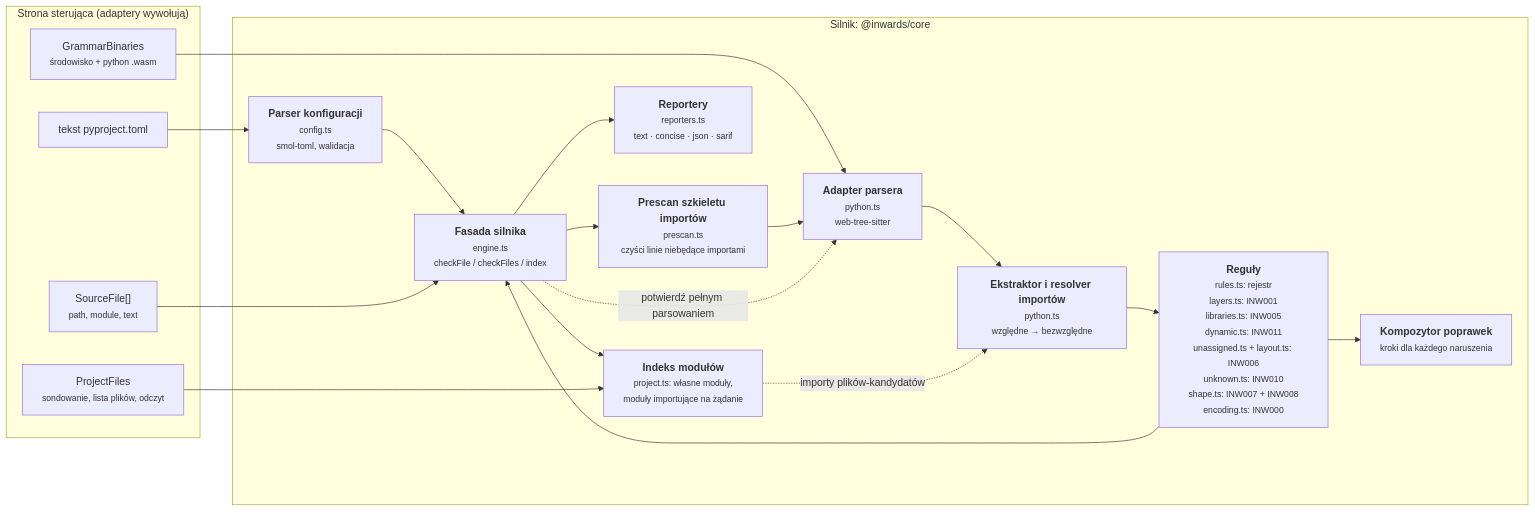
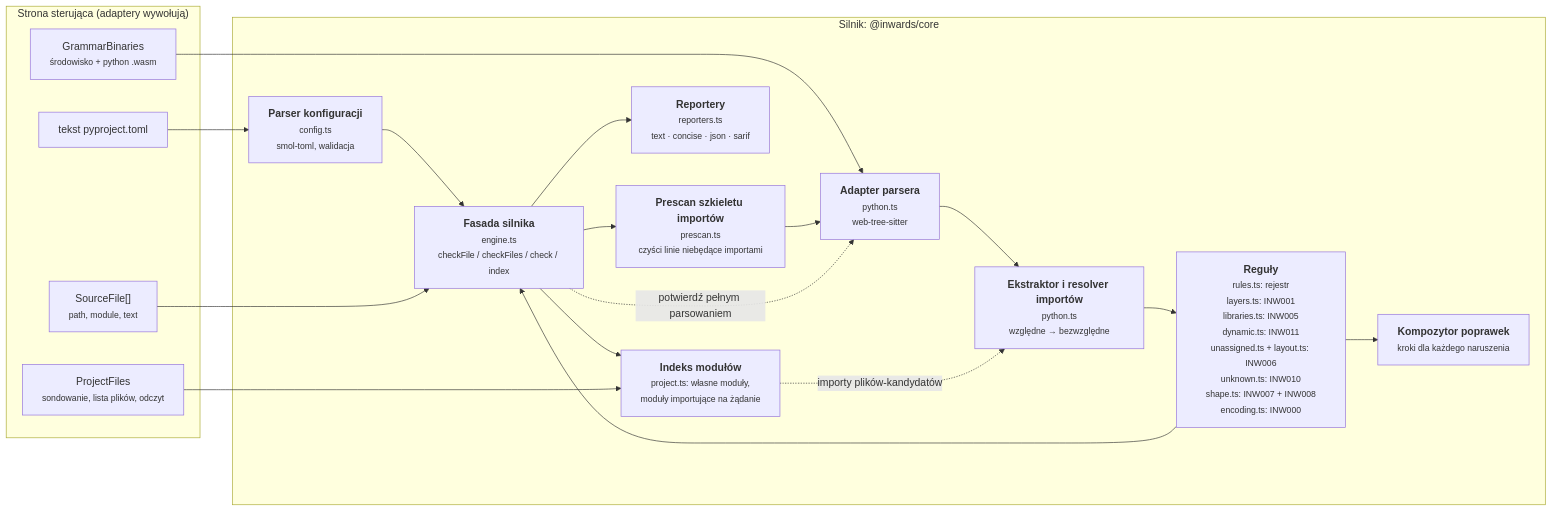
The third of 6 diagrams in docs/pl/03-Architecture-C4.md (SirCypkowskyy/inwards), drawn with Mermaid before and after one commit. The commit also changed other lines of this file and 19 other files, not shown here.

````diff
--- a/docs/pl/03-Architecture-C4.md
+++ b/docs/pl/03-Architecture-C4.md
@@ -104,33 +104,33 @@
 ```mermaid
 flowchart LR
     subgraph driving["Strona sterująca (adaptery wywołują)"]
         files["SourceFile[]<br/><small>path, module, text</small>"]
         cfgtext["tekst pyproject.toml"]
         wasm["GrammarBinaries<br/><small>środowisko + python .wasm</small>"]
         pfiles["ProjectFiles<br/><small>sondowanie, lista plików, odczyt</small>"]
     end
 
     subgraph enginebox["Silnik: @inwards/core"]
         config["<b>Parser konfiguracji</b><br/><small>config.ts<br/>smol-toml, walidacja</small>"]
         pre["<b>Prescan szkieletu importów</b><br/><small>prescan.ts<br/>czyści linie niebędące importami</small>"]
         parser["<b>Adapter parsera</b><br/><small>python.ts<br/>web-tree-sitter</small>"]
         extract["<b>Ekstraktor i resolver importów</b><br/><small>python.ts<br/>względne → bezwzględne</small>"]
         rules["<b>Reguły</b><br/><small>rules.ts: rejestr<br/>layers.ts: INW001<br/>libraries.ts: INW005<br/>dynamic.ts: INW011<br/>unassigned.ts + layout.ts: INW006<br/>unknown.ts: INW010<br/>shape.ts: INW007 + INW008<br/>encoding.ts: INW000</small>"]
         fix["<b>Kompozytor poprawek</b><br/><small>kroki dla każdego naruszenia</small>"]
         report["<b>Reportery</b><br/><small>reporters.ts<br/>text · concise · json · sarif</small>"]
-        engine["<b>Fasada silnika</b><br/><small>engine.ts<br/>checkFile / checkFiles / index</small>"]
+        engine["<b>Fasada silnika</b><br/><small>engine.ts<br/>checkFile / checkFiles / check / index</small>"]
         modgraph["<b>Indeks modułów</b><br/><small>project.ts: własne moduły,<br/>moduły importujące na żądanie</small>"]
     end
 
     cfgtext --> config --> engine
     wasm --> parser
     files --> engine
     engine --> pre --> parser --> extract --> rules
     rules --> fix
     rules --> engine
     engine -. "potwierdź pełnym parsowaniem" .-> parser
     engine --> modgraph
     pfiles --> modgraph
     modgraph -. "importy plików-kandydatów" .-> extract
     engine --> report
 ```
````
